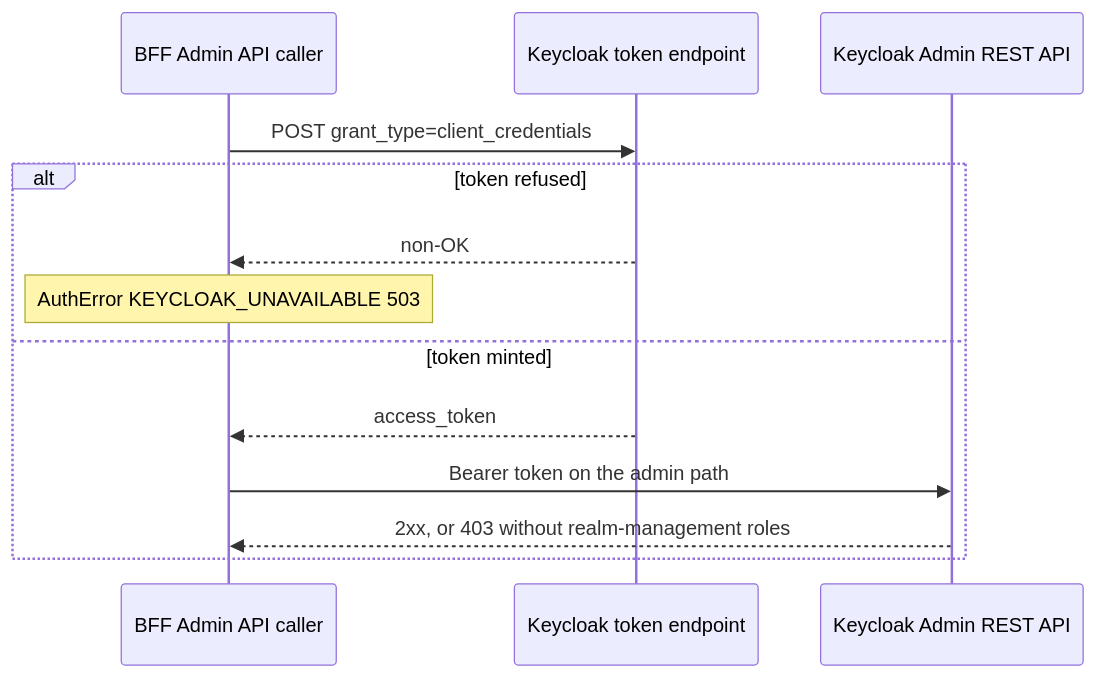
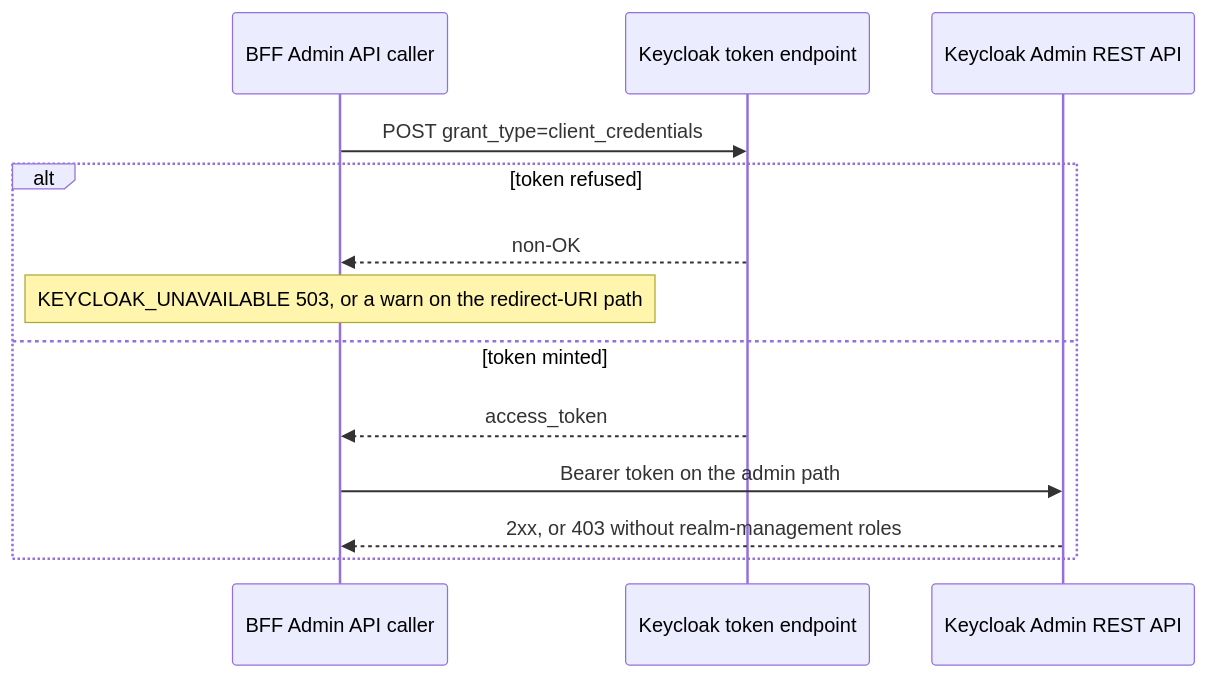
One commit to jumbleknot/MovieCollectionManager changed the diagram in openwiki/gotchas/keycloak-service-account.md. Above: the diagram before and after it, drawn with Mermaid. The commit also changed other lines of this file and 17 other files, not shown here.

````diff
--- a/openwiki/gotchas/keycloak-service-account.md
+++ b/openwiki/gotchas/keycloak-service-account.md
@@ -54,15 +54,15 @@
 ```mermaid
 sequenceDiagram
   participant Caller as BFF Admin API caller
   participant Tok as Keycloak token endpoint
   participant Admin as Keycloak Admin REST API
   Caller->>Tok: POST grant_type=client_credentials
   alt token refused
     Tok-->>Caller: non-OK
-    Note over Caller: AuthError KEYCLOAK_UNAVAILABLE 503
+    Note over Caller: KEYCLOAK_UNAVAILABLE 503, or a warn on the redirect-URI path
   else token minted
     Tok-->>Caller: access_token
     Caller->>Admin: Bearer token on the admin path
     Admin-->>Caller: 2xx, or 403 without realm-management roles
   end
 ```
````
